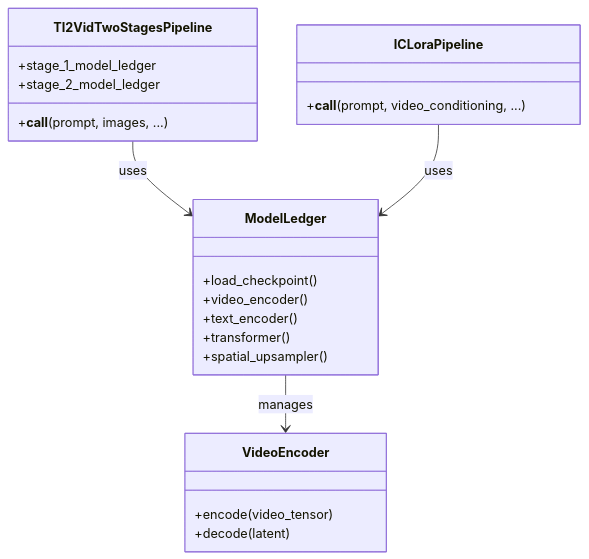
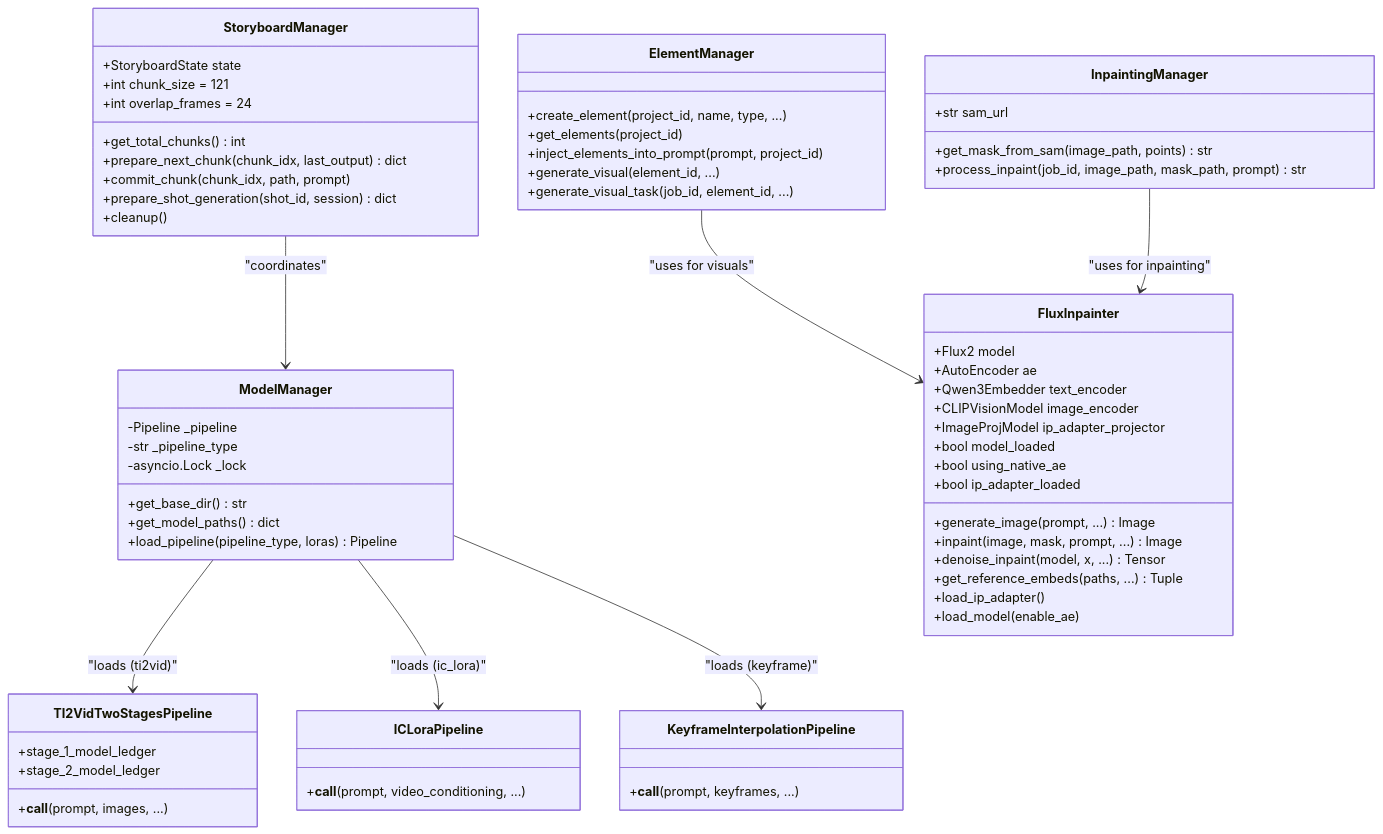
One commit to mainza-ai/milimovideo changed the first of 5 diagrams in docs/03_ai_pipelines.md. Above: the diagram before and after it, drawn with Mermaid. The commit also changed other lines of this file and 14 other files, not shown here.

````diff
--- a/docs/03_ai_pipelines.md
+++ b/docs/03_ai_pipelines.md
@@ -7,29 +5,74 @@
 ```mermaid
 classDiagram
+    class ModelManager {
+        -Pipeline _pipeline
+        -str _pipeline_type
+        -asyncio.Lock _lock
+        +get_base_dir() str
+        +get_model_paths() dict
+        +load_pipeline(pipeline_type, loras) Pipeline
+    }
+
     class TI2VidTwoStagesPipeline {
-        +__call__(prompt, images, ...)
         +stage_1_model_ledger
         +stage_2_model_ledger
+        +__call__(prompt, images, ...)
     }
 
     class ICLoraPipeline {
         +__call__(prompt, video_conditioning, ...)
     }
 
-    class ModelLedger {
-        +load_checkpoint()
-        +video_encoder()
-        +text_encoder()
-        +transformer()
-        +spatial_upsampler()
+    class KeyframeInterpolationPipeline {
+        +__call__(prompt, keyframes, ...)
     }
 
-    class VideoEncoder {
-        +encode(video_tensor)
-        +decode(latent)
+    class FluxInpainter {
+        +Flux2 model
+        +AutoEncoder ae
+        +Qwen3Embedder text_encoder
+        +CLIPVisionModel image_encoder
+        +ImageProjModel ip_adapter_projector
+        +bool model_loaded
+        +bool using_native_ae
+        +bool ip_adapter_loaded
+        +generate_image(prompt, ...) Image
+        +inpaint(image, mask, prompt, ...) Image
+        +denoise_inpaint(model, x, ...) Tensor
+        +get_reference_embeds(paths, ...) Tuple
+        +load_ip_adapter()
+        +load_model(enable_ae)
     }
 
-    TI2VidTwoStagesPipeline --> ModelLedger : uses
-    ICLoraPipeline --> ModelLedger : uses
-    ModelLedger --> VideoEncoder : manages
+    class ElementManager {
+        +create_element(project_id, name, type, ...)
+        +get_elements(project_id)
+        +inject_elements_into_prompt(prompt, project_id)
+        +generate_visual(element_id, ...)
+        +generate_visual_task(job_id, element_id, ...)
+    }
+
+    class InpaintingManager {
+        +str sam_url
+        +get_mask_from_sam(image_path, points) str
+        +process_inpaint(job_id, image_path, mask_path, prompt) str
+    }
+
+    class StoryboardManager {
+        +StoryboardState state
+        +int chunk_size = 121
+        +int overlap_frames = 24
+        +get_total_chunks() int
+        +prepare_next_chunk(chunk_idx, last_output) dict
+        +commit_chunk(chunk_idx, path, prompt)
+        +prepare_shot_generation(shot_id, session) dict
+        +cleanup()
+    }
+
+    ModelManager --> TI2VidTwoStagesPipeline : "loads (ti2vid)"
+    ModelManager --> ICLoraPipeline : "loads (ic_lora)"
+    ModelManager --> KeyframeInterpolationPipeline : "loads (keyframe)"
+    ElementManager --> FluxInpainter : "uses for visuals"
+    InpaintingManager --> FluxInpainter : "uses for inpainting"
+    StoryboardManager --> ModelManager : "coordinates"
 ```
````
